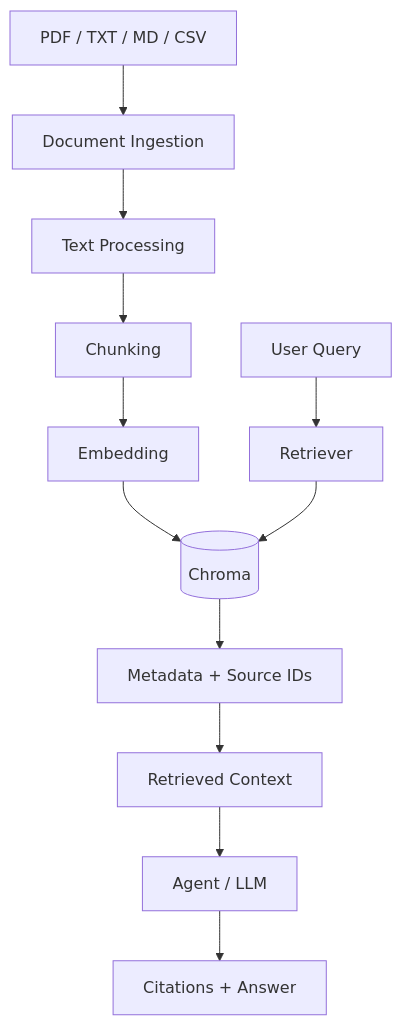
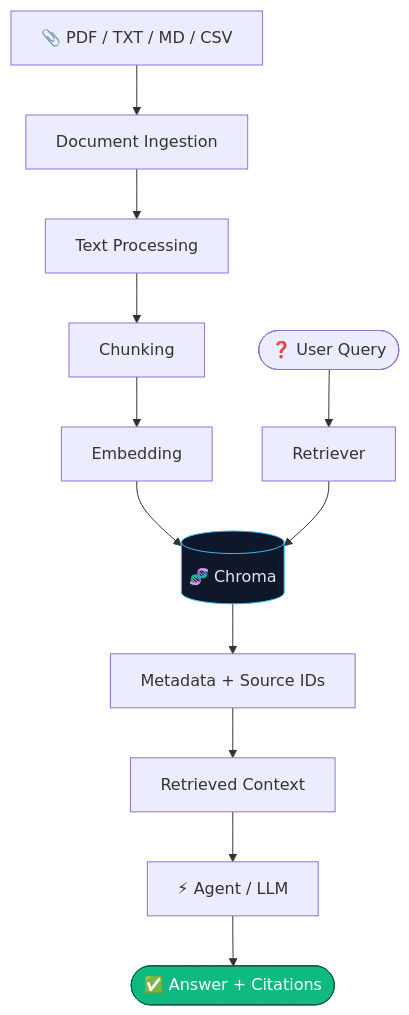
Before and after one commit to aditisaha1089/Fintoran: the ninth of 18 diagrams in README.md, drawn with Mermaid. The commit also changed other lines of this file, not shown here.

````diff
--- a/README.md
+++ b/README.md
@@ -464,16 +362,20 @@
 ```mermaid
 flowchart TD
+    FILE["📎 PDF / TXT / MD / CSV"] --> ING["Document Ingestion"]
+    ING --> CLN["Text Processing"]
+    CLN --> CHK["Chunking"]
+    CHK --> EMB["Embedding"]
+    EMB --> STORE[("🧬 Chroma")]
 
-    FILE[PDF / TXT / MD / CSV] --> INGEST[Document Ingestion]
-    INGEST --> CLEAN[Text Processing]
-    CLEAN --> CHUNK[Chunking]
-    CHUNK --> EMB[Embedding]
-    EMB --> STORE[(Chroma)]
+    QRY(["❓ User Query"]) --> RET["Retriever"]
+    RET --> STORE
+    STORE --> META["Metadata + Source IDs"]
+    META --> CTX["Retrieved Context"]
+    CTX --> LLM["⚡ Agent / LLM"]
+    LLM --> ANS(["✅ Answer + Citations"])
 
-    QUERY[User Query] --> RET[Retriever]
-    RET --> STORE
-    STORE --> META[Metadata + Source IDs]
-    META --> CTX[Retrieved Context]
-    CTX --> LLM[Agent / LLM]
-    LLM --> CIT[Citations + Answer]
+    classDef store fill:#0F172A,stroke:#38BDF8,color:#E2E8F0
+    classDef out fill:#10B981,stroke:#065F46,color:#fff
+    class STORE store
+    class ANS out
 ```
````
